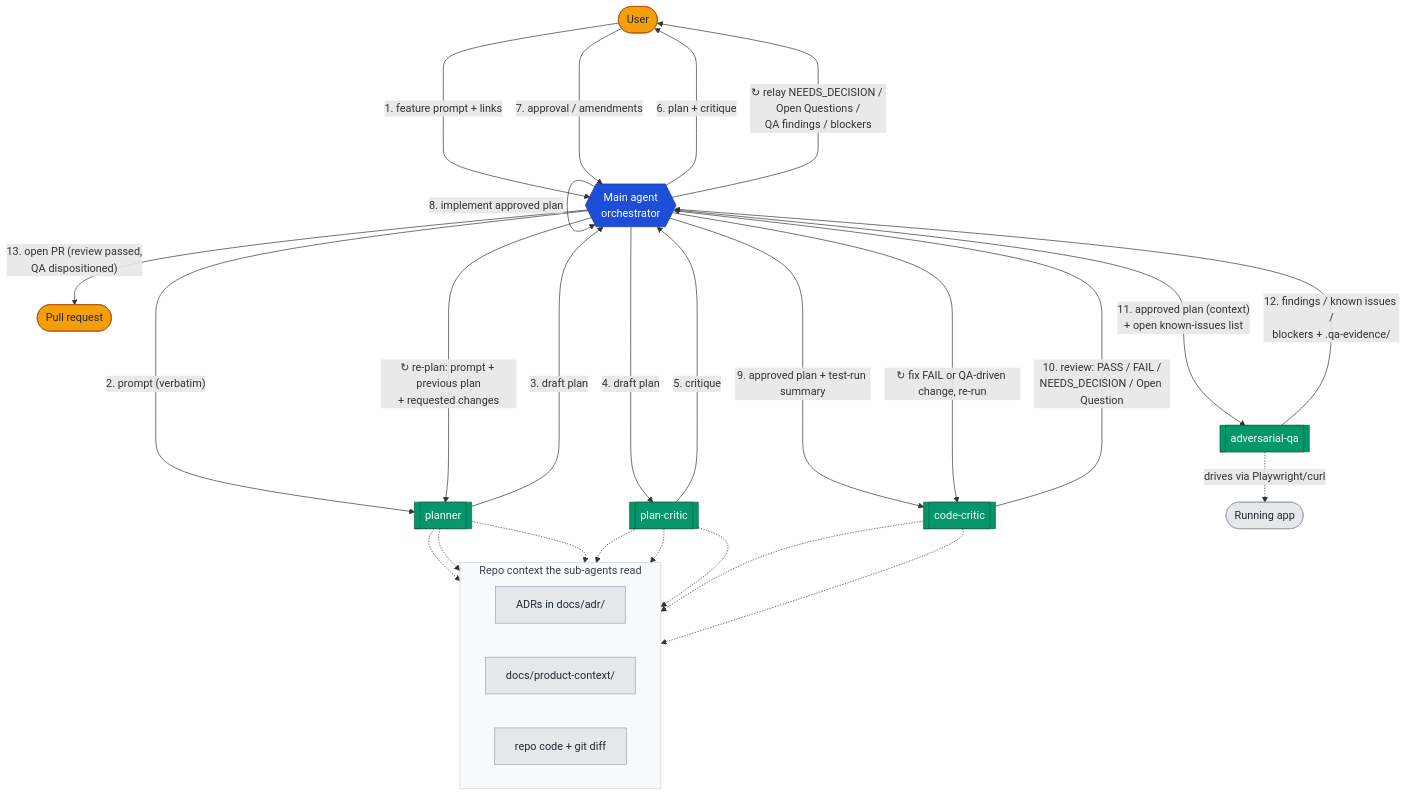
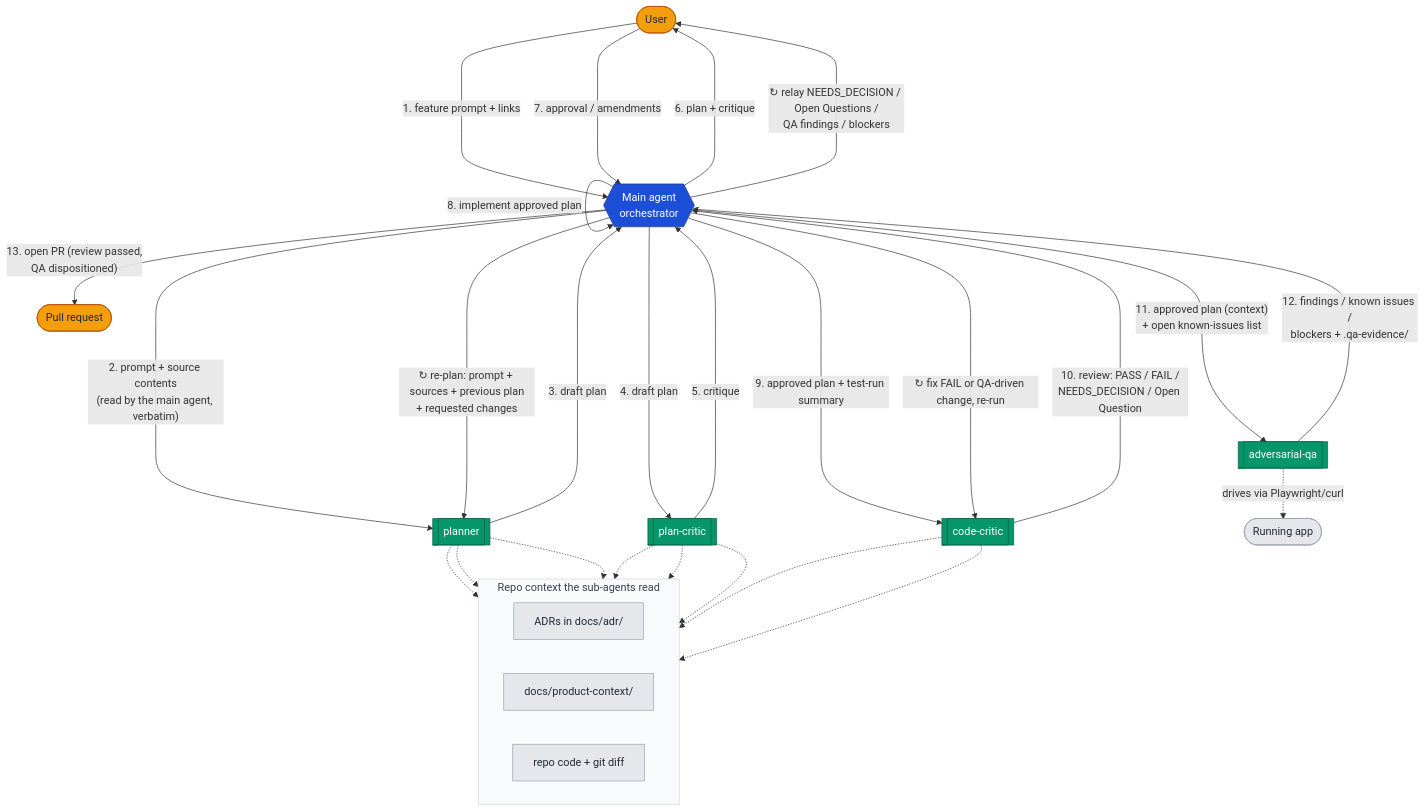
Before and after one commit to cunhaax/ai-workflow: the diagram in docs/AI-workflow.md, drawn with Mermaid. The commit also changed other lines of this file and 3 other files, not shown here.

Commit message:
Have the main agent read every source and pass it to the planner; the planner never fetches

````diff
--- a/docs/AI-workflow.md
+++ b/docs/AI-workflow.md
@@ -401,60 +406,60 @@
 ```mermaid
 flowchart TB
     User([User])
     PR([Pull request])
 
     subgraph Repo [Repo context the sub-agents read]
         direction LR
         ADR["ADRs in docs/adr/"]
         Docs["docs/product-context/"]
         Code["repo code + git diff"]
     end
 
     Main{{Main agent<br/>orchestrator}}
     Planner[[planner]]
     Critic[[plan-critic]]
     Reviewer[[code-critic]]
     QA[[adversarial-qa]]
     App([Running app])
 
     User -- "1. feature prompt + links" --> Main
 
-    Main -- "2. prompt (verbatim)" --> Planner
+    Main -- "2. prompt + source contents<br/>(read by the main agent, verbatim)" --> Planner
     Planner -- "3. draft plan" ---> Main
-    Main -- "↻ re-plan: prompt + previous plan<br/>+ requested changes" ----> Planner
+    Main -- "↻ re-plan: prompt + sources + previous plan<br/>+ requested changes" ----> Planner
 
     Main -- "4. draft plan" --> Critic
     Critic -- "5. critique" ---> Main
 
     Main -- "6. plan + critique" ---> User
     User -- "7. approval / amendments" --> Main
 
     Main -- "8. implement approved plan" --> Main
 
     Main -- "9. approved plan + test-run summary" --> Reviewer
     Reviewer -- "10. review: PASS / FAIL /<br/>NEEDS_DECISION / Open Question" ---> Main
     Main -- "↻ fix FAIL or QA-driven change, re-run" ----> Reviewer
 
     Main -- "11. approved plan (context)<br/>+ open known-issues list" --> QA
     QA -- "12. findings / known issues /<br/>blockers + .qa-evidence/" ---> Main
 
     Main -- "↻ relay NEEDS_DECISION / Open Questions /<br/>QA findings / blockers" ----> User
     Main -- "13. open PR (review passed,<br/>QA dispositioned)" --> PR
 
     Planner -.-> ADR & Docs & Code
     Critic -.-> ADR & Docs & Code
     Reviewer -.-> ADR & Code
     QA -. drives via Playwright/curl .-> App
 
     classDef hub fill:#1d4ed8,stroke:#1e3a8a,color:#ffffff;
     classDef agent fill:#059669,stroke:#065f46,color:#ffffff;
     classDef actor fill:#f59e0b,stroke:#b45309,color:#1f2937;
     classDef ctx fill:#e5e7eb,stroke:#9ca3af,color:#1f2937;
 
     class Main hub;
     class Planner,Critic,Reviewer,QA agent;
     class User,PR actor;
     class ADR,Docs,Code,App ctx;
 
     style Repo fill:#f9fafb,stroke:#d1d5db,color:#374151;
 ```
````
